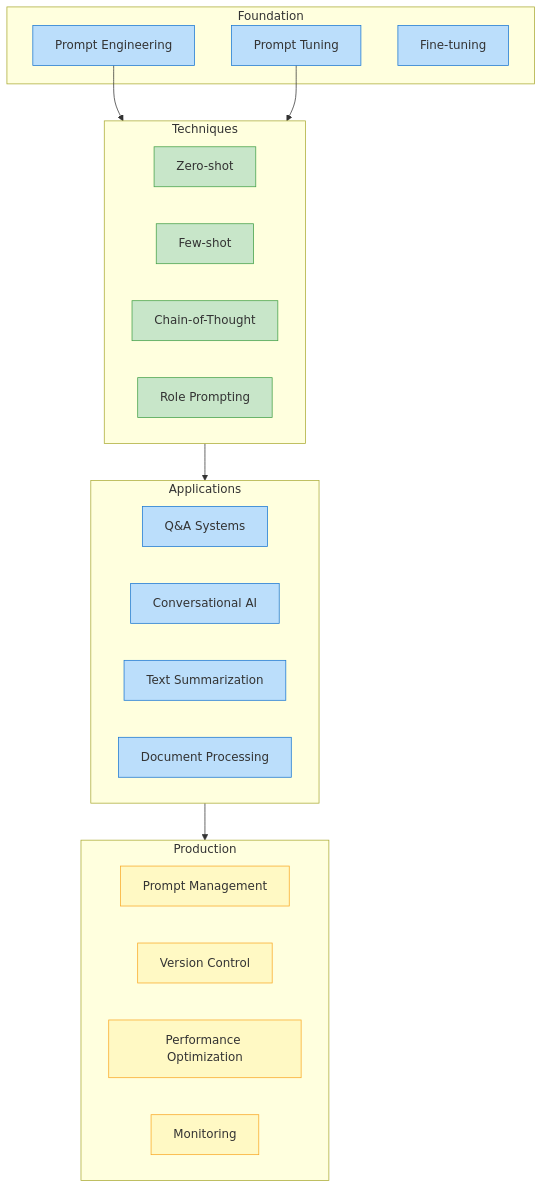
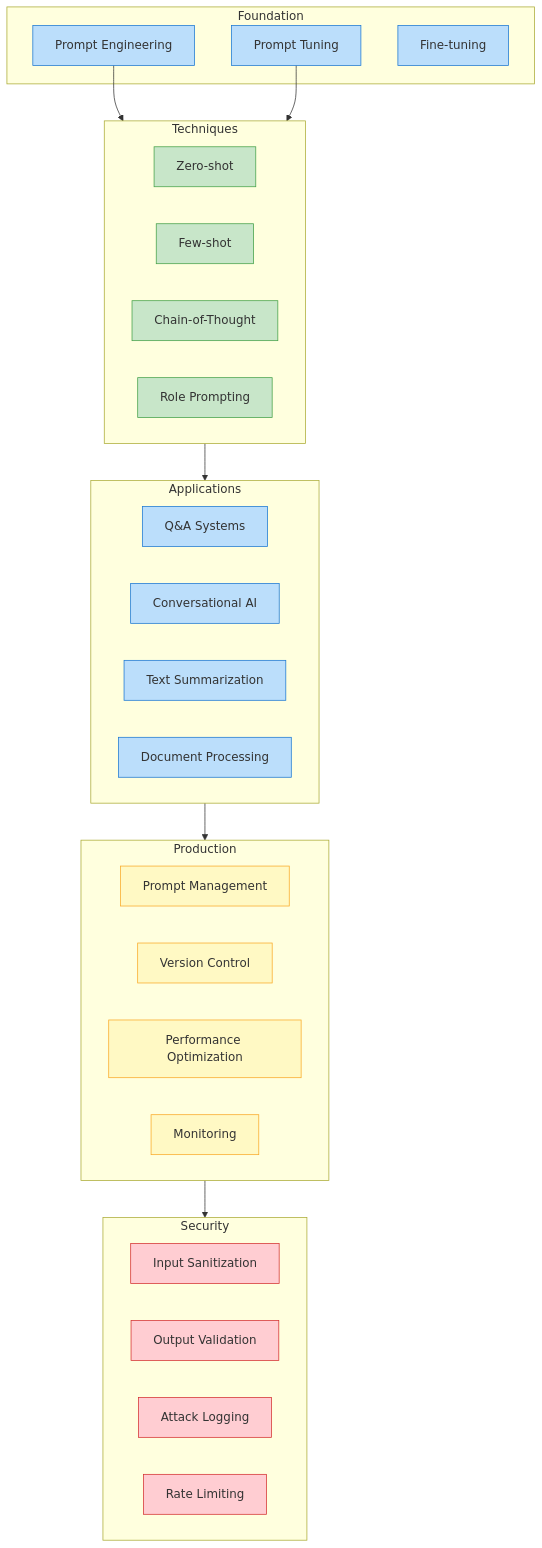
Before and after one commit to RichardHightower/art_hug_06: diagram 17 of 18 in docs/article6i.md, drawn with Mermaid. The commit also changed other lines of this file and 1 other file, not shown here.

````diff
--- a/docs/article6i.md
+++ b/docs/article6i.md
@@ -1969,41 +3931,51 @@
 ```mermaid
 flowchart TB
     subgraph Foundation
         PE[Prompt Engineering]
         PT[Prompt Tuning]
         FT[Fine-tuning]
     end
     
     subgraph Techniques
         ZS[Zero-shot]
         FS[Few-shot]
         COT[Chain-of-Thought]
         RP[Role Prompting]
     end
     
     subgraph Applications
         QA[Q&A Systems]
         CA[Conversational AI]
         TS[Text Summarization]
         DP[Document Processing]
     end
     
     subgraph Production
         PM[Prompt Management]
         VM[Version Control]
         PO[Performance Optimization]
         MO[Monitoring]
     end
     
+    subgraph Security
+        IS[Input Sanitization]
+        OV[Output Validation]
+        AL[Attack Logging]
+        RL[Rate Limiting]
+    end
+    
     PE --> Techniques
     PT --> Techniques
     Techniques --> Applications
     Applications --> Production
+    Production --> Security
     
     classDef default fill:#bbdefb,stroke:#1976d2,stroke-width:1px,color:#333333
     classDef technique fill:#c8e6c9,stroke:#43a047,stroke-width:1px,color:#333333
     classDef production fill:#fff9c4,stroke:#f9a825,stroke-width:1px,color:#333333
+    classDef security fill:#ffcdd2,stroke:#d32f2f,stroke-width:1px,color:#333333
     
     class ZS,FS,COT,RP technique
     class PM,VM,PO,MO production
+    class IS,OV,AL,RL security
 ```
````
